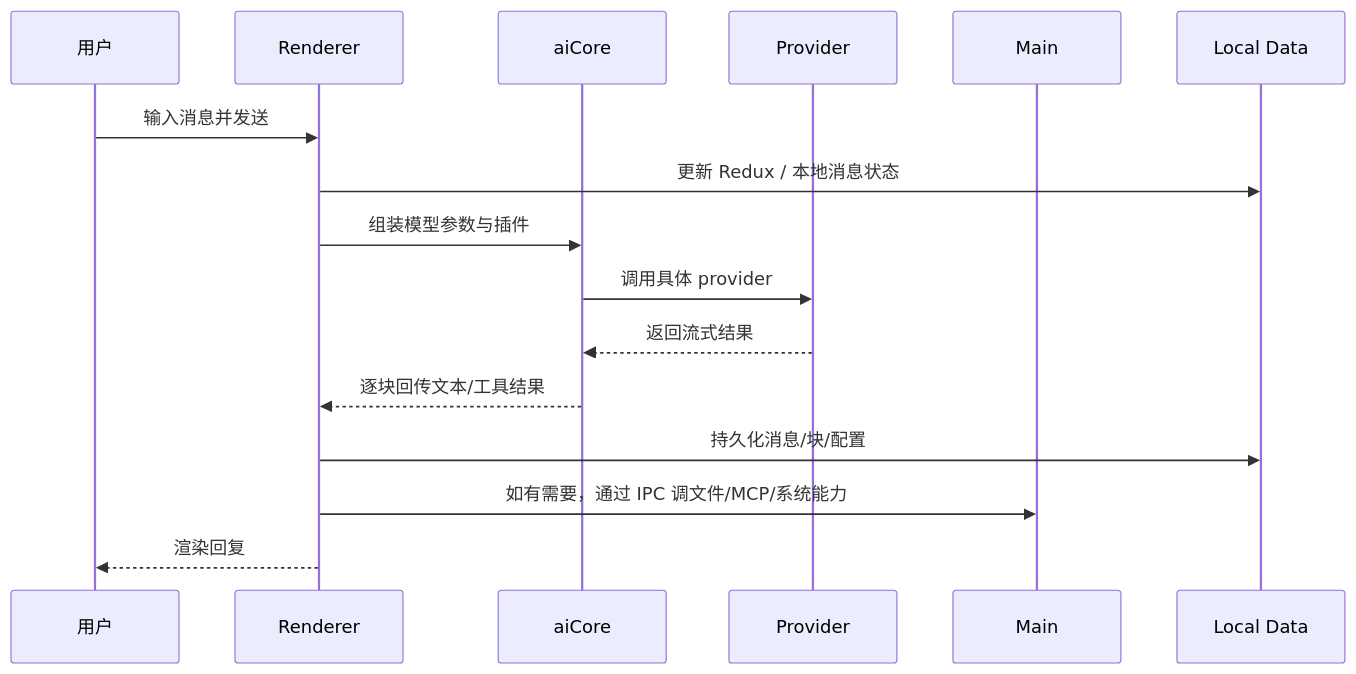
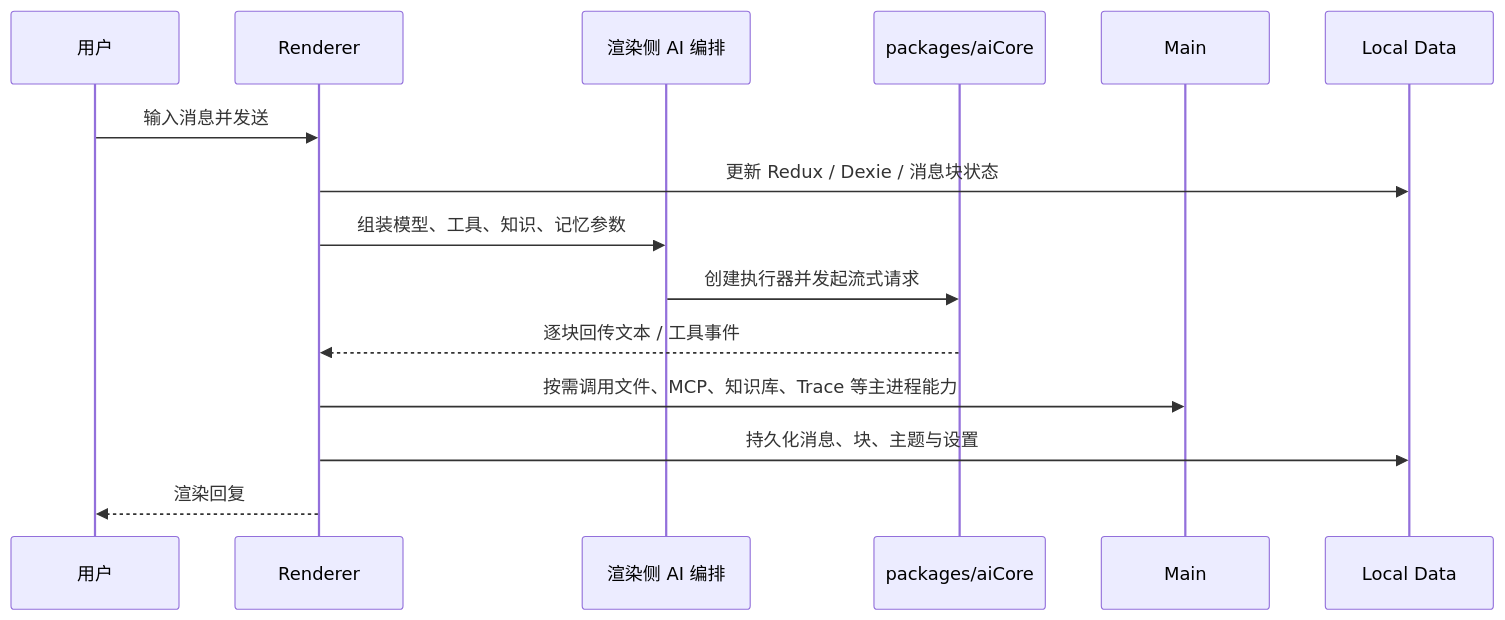
One commit to Little-LittleProgrammer/cherry-studio changed the second of 2 diagrams in docs/zh/architecture/01-总览/README.md. Above: the diagram before and after it, drawn with Mermaid. The commit also changed other lines of this file and 16 other files, not shown here.

First line of the commit message:
Update .gitignore and enhance architecture documentation

````diff
--- a/docs/zh/architecture/01-总览/README.md
+++ b/docs/zh/architecture/01-总览/README.md
@@ -110,19 +108,18 @@
 ```mermaid
 sequenceDiagram
   participant U as 用户
   participant R as Renderer
-  participant A as aiCore
-  participant P as Provider
+  participant AI as 渲染侧 AI 编排
+  participant Core as packages/aiCore
   participant M as Main
   participant D as Local Data
 
   U->>R: 输入消息并发送
-  R->>D: 更新 Redux / 本地消息状态
-  R->>A: 组装模型参数与插件
-  A->>P: 调用具体 provider
-  P-->>A: 返回流式结果
-  A-->>R: 逐块回传文本/工具结果
-  R->>D: 持久化消息/块/配置
-  R->>M: 如有需要，通过 IPC 调文件/MCP/系统能力
+  R->>D: 更新 Redux / Dexie / 消息块状态
+  R->>AI: 组装模型、工具、知识、记忆参数
+  AI->>Core: 创建执行器并发起流式请求
+  Core-->>R: 逐块回传文本 / 工具事件
+  R->>M: 按需调用文件、MCP、知识库、Trace 等主进程能力
+  R->>D: 持久化消息、块、主题与设置
   R-->>U: 渲染回复
 ```
````
